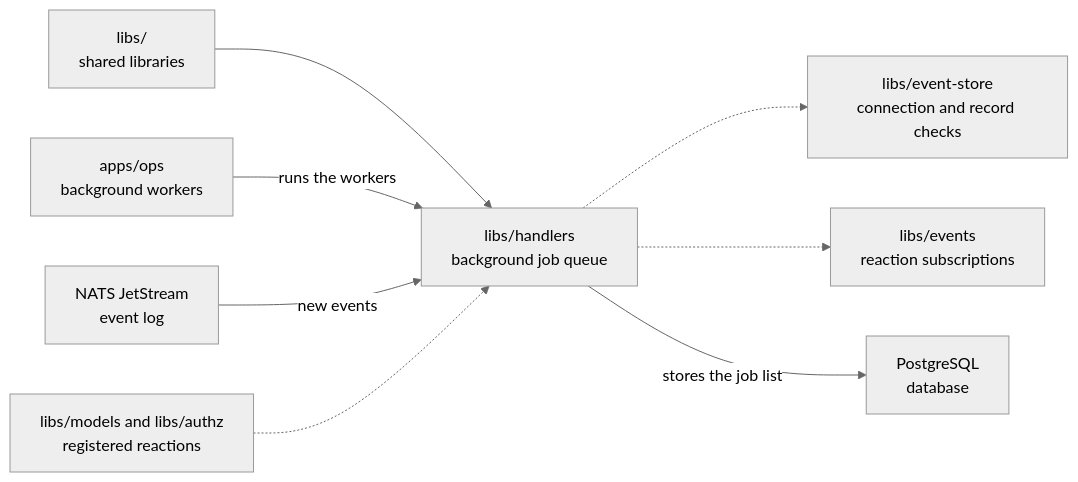
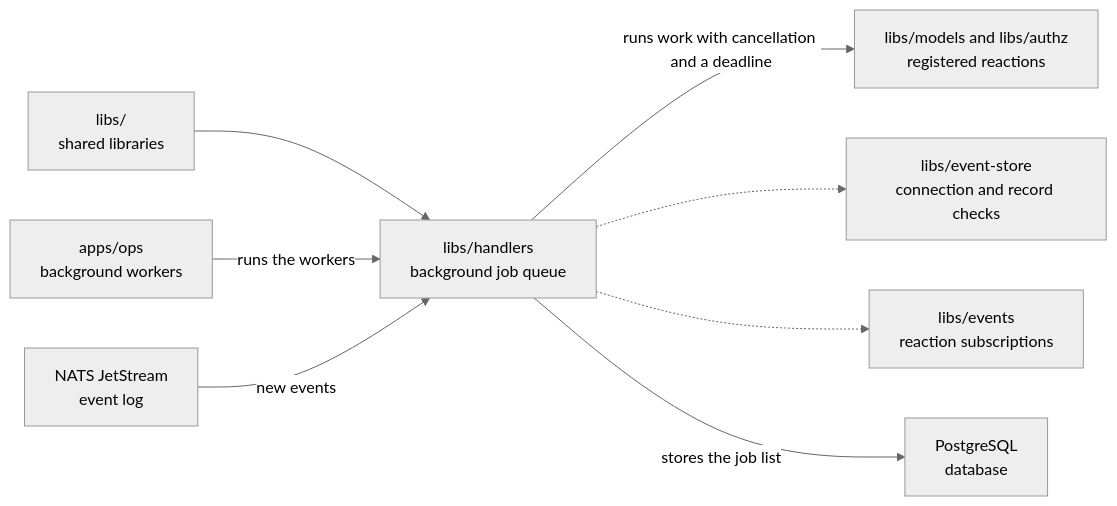
One commit to elewa-git/opencrane-new changed the diagram in libs/handlers/README.md. Above: the diagram before and after it, drawn with Mermaid (neutral theme). The commit also changed other lines of this file and 17 other files, not shown here.

````diff
--- a/libs/handlers/README.md
+++ b/libs/handlers/README.md
@@ -20,10 +20,10 @@
 ```mermaid
 flowchart LR
   parent["libs/<br/>shared libraries"] --> handlers["libs/handlers<br/>background job queue"]
   ops["apps/ops<br/>background workers"] -->|runs the workers| handlers
   nats["NATS JetStream<br/>event log"] -->|new events| handlers
-  reactions["libs/models and libs/authz<br/>registered reactions"] -.-> handlers
+  handlers -->|runs work with cancellation and a deadline| reactions["libs/models and libs/authz<br/>registered reactions"]
   handlers -.-> store["libs/event-store<br/>connection and record checks"]
   handlers -.-> events["libs/events<br/>reaction subscriptions"]
   handlers -->|stores the job list| pg["PostgreSQL<br/>database"]
 ```
````
